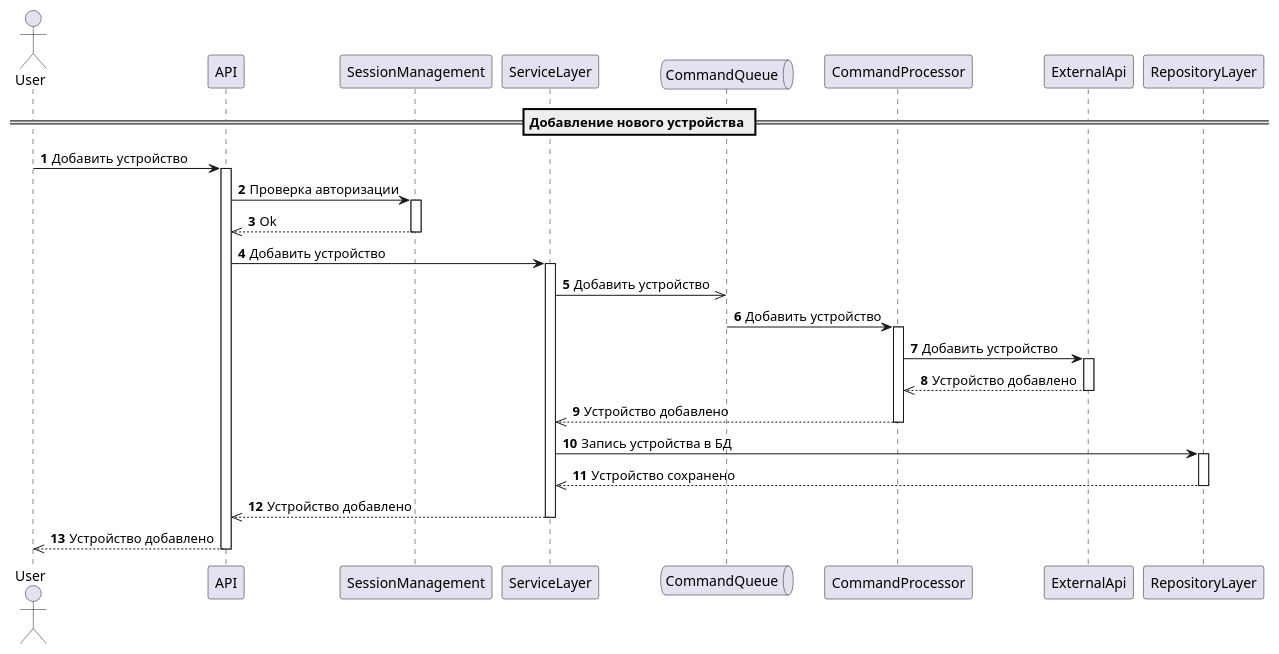
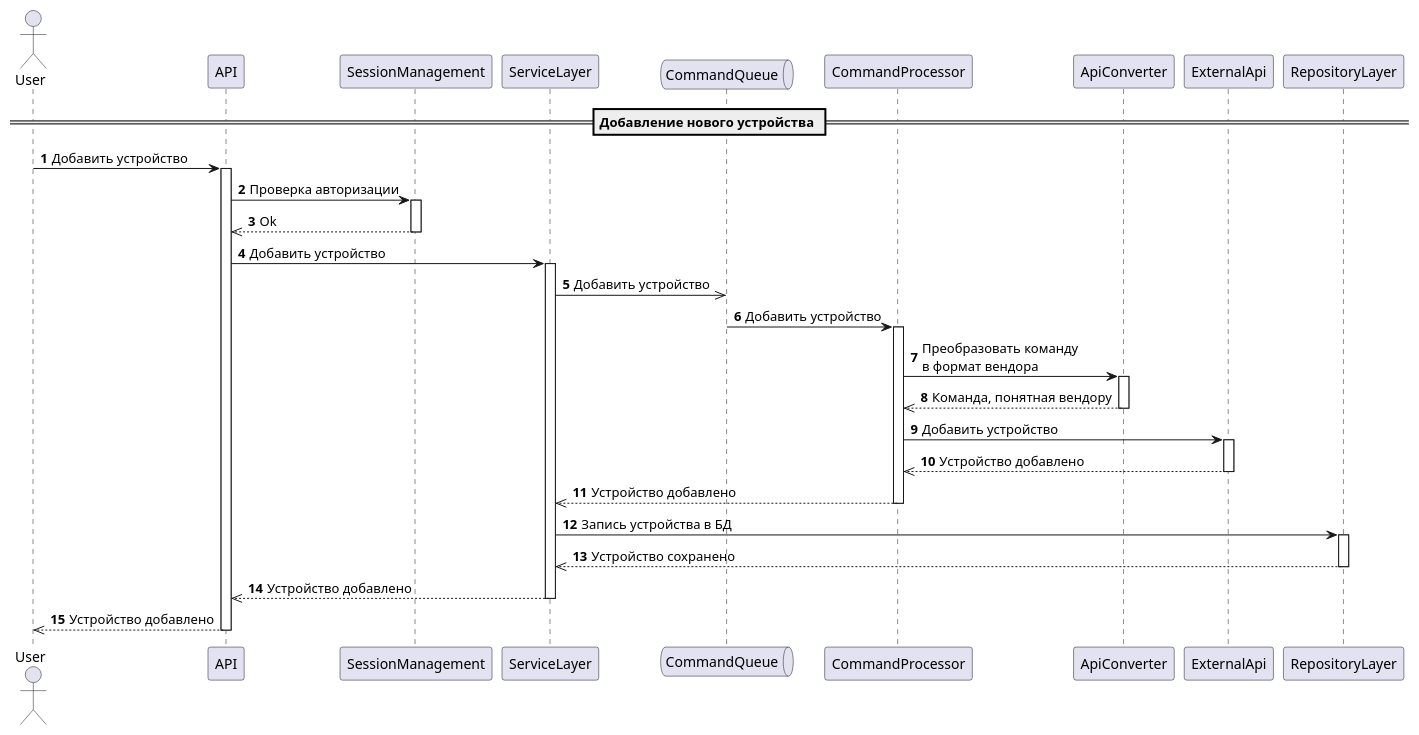
One commit to aputintsev/architecture-warmhouse changed the diagram in docs/plantuml/SequenceDiagram_AddDevice.puml. Above: the diagram before and after it, drawn with PlantUML. The commit also changed 10 other files, not shown here.

```diff
--- a/docs/plantuml/SequenceDiagram_AddDevice.puml
+++ b/docs/plantuml/SequenceDiagram_AddDevice.puml
@@ -1,30 +1,33 @@
 @startuml
 'https://plantuml.com/sequence-diagram
 
 autonumber
 
 == Добавление нового устройства ==
 
 actor User as user
 participant API as api
 participant SessionManagement as session
 participant ServiceLayer as service
 queue CommandQueue as q
 participant CommandProcessor as processor
+participant ApiConverter as converter
 participant ExternalApi as extApi
 participant RepositoryLayer as repository
 
 user -> api++: Добавить устройство
 api -> session++: Проверка авторизации
 session -->> api--: Ok
 api -> service++: Добавить устройство
 service ->> q: Добавить устройство
 q -> processor++: Добавить устройство
+processor -> converter++: Преобразовать команду \nв формат вендора
+converter -->> processor--: Команда, понятная вендору
 processor -> extApi++: Добавить устройство
 extApi -->> processor--: Устройство добавлено
 processor -->> service--: Устройство добавлено
 service -> repository++: Запись устройства в БД
 repository -->> service--: Устройство сохранено
 service -->> api--: Устройство добавлено
 api -->> user--: Устройство добавлено
 @enduml
```
